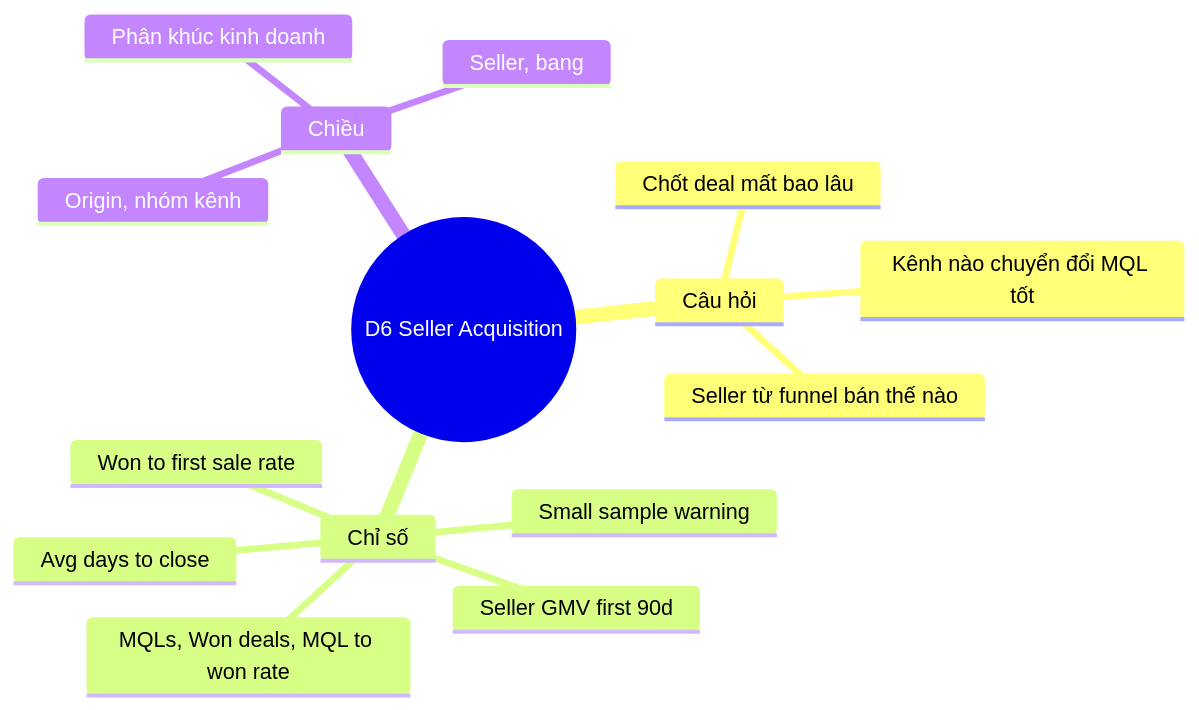
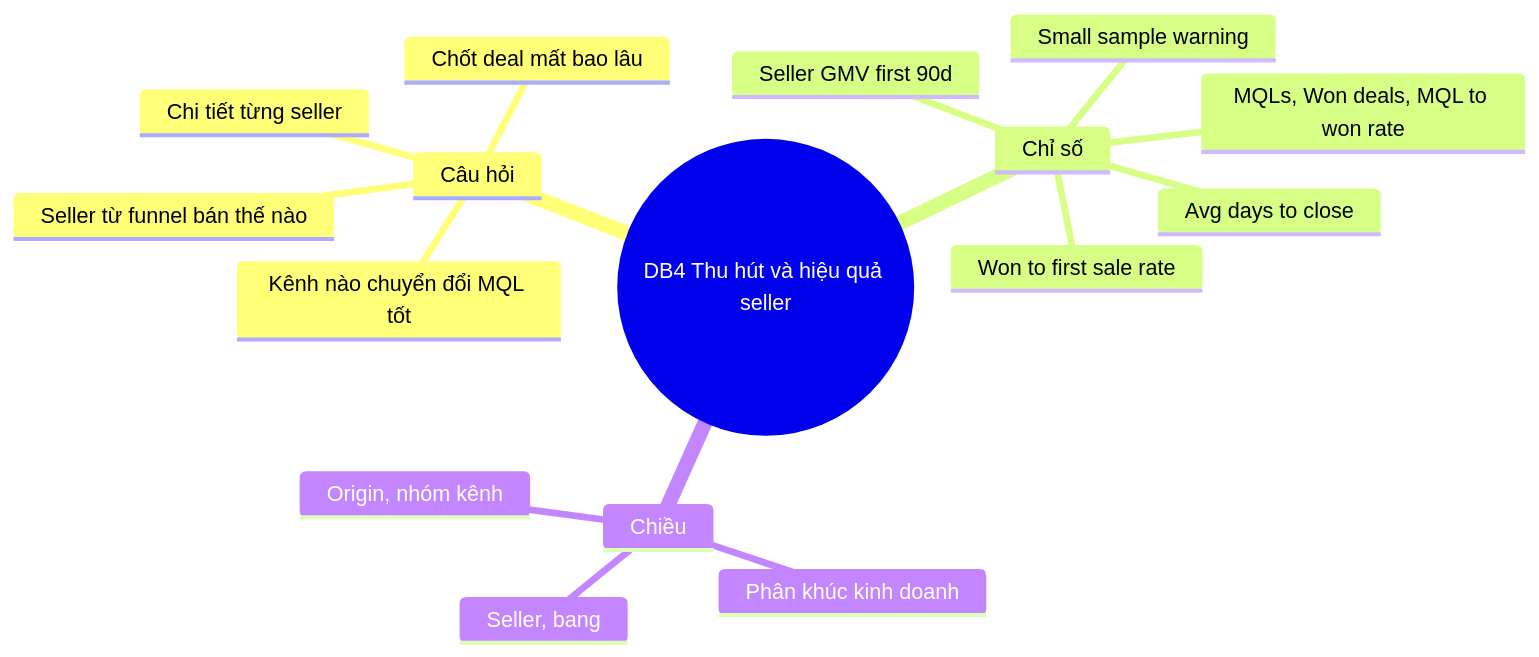
One commit to ThanhPhu01653/olist-dwbi changed the eighth of 8 diagrams in huong-dan/05-nghiep-vu-nhap.md. Above: the diagram before and after it, drawn with Mermaid. The commit also changed other lines of this file and 53 other files, not shown here.

````diff
--- a/huong-dan/05-nghiep-vu-nhap.md
+++ b/huong-dan/05-nghiep-vu-nhap.md
@@ -264,18 +232,19 @@
 ```mermaid
 mindmap
-  root((D6 Seller Acquisition))
+  root((DB4 Thu hút và hiệu quả seller))
     Câu hỏi
       Kênh nào chuyển đổi MQL tốt
       Chốt deal mất bao lâu
       Seller từ funnel bán thế nào
+      Chi tiết từng seller
     Chỉ số
       MQLs, Won deals, MQL to won rate
       Avg days to close
       Won to first sale rate
       Seller GMV first 90d
       Small sample warning
     Chiều
       Origin, nhóm kênh
       Phân khúc kinh doanh
       Seller, bang
 ```
````
